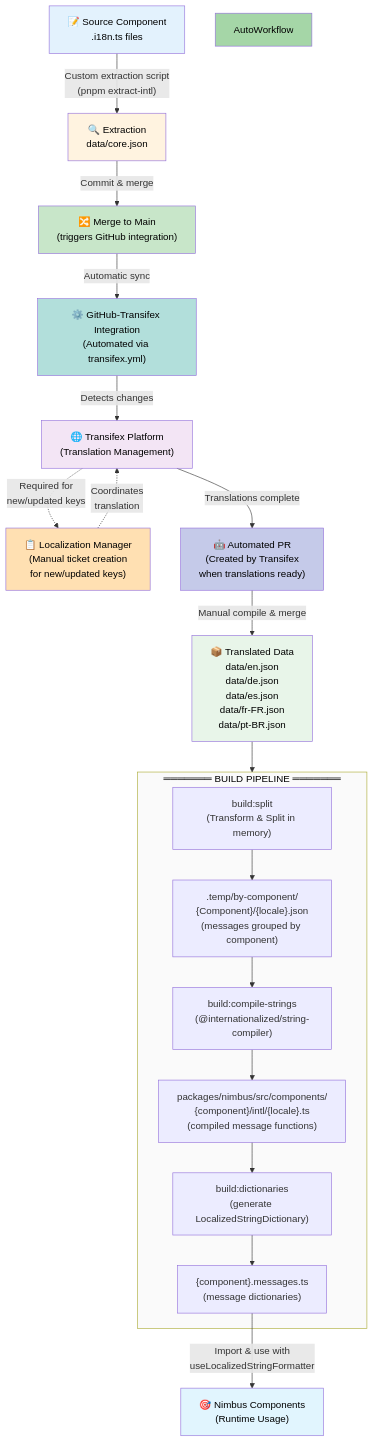
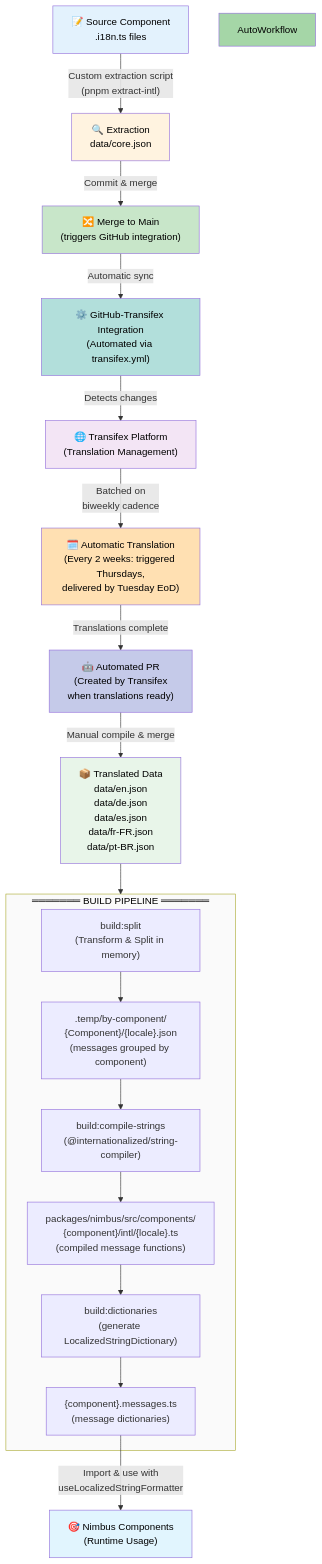
The diagram in packages/i18n/README.md (commercetools/nimbus), drawn with Mermaid before and after one commit. The commit also changed other lines of this file and 1 other file, not shown here.

Commit message:
chore(i18n): remove refs to translation requests

````diff
--- a/packages/i18n/README.md
+++ b/packages/i18n/README.md
@@ -313,53 +312,51 @@
 ```mermaid
 flowchart TD
     Start["📝 Source Component<br/>.i18n.ts files"]
     Extract["🔍 Extraction<br/>data/core.json"]
     MergeMain["🔀 Merge to Main<br/>(triggers GitHub integration)"]
     Transifex["🌐 Transifex Platform<br/>(Translation Management)"]
-    LocTicket["📋 Localization Manager<br/>(Manual ticket creation<br/>for new/updated keys)"]
+    AutoTranslate["🗓️ Automatic Translation<br/>(Every 2 weeks: triggered Thursdays,<br/>delivered by Tuesday EoD)"]
     GitHubIntegration["⚙️ GitHub-Transifex Integration<br/>(Automated via transifex.yml)"]
     AutoPR["🤖 Automated PR<br/>(Created by Transifex<br/>when translations ready)"]
     TranslatedData["📦 Translated Data<br/>data/en.json<br/>data/de.json<br/>data/es.json<br/>data/fr-FR.json<br/>data/pt-BR.json"]
 
     Start -->|"Custom extraction script<br/>(pnpm extract-intl)"| Extract
     Extract -->|"Commit & merge"| MergeMain
     MergeMain -->|"Automatic sync"| GitHubIntegration
     GitHubIntegration -->|"Detects changes"| Transifex
 
-    Transifex -.->|"Required for<br/>new/updated keys"| LocTicket
-    LocTicket -.->|"Coordinates<br/>translation"| Transifex
-
-    Transifex -->|"Translations complete"| AutoPR
+    Transifex -->|"Batched on<br/>biweekly cadence"| AutoTranslate
+    AutoTranslate -->|"Translations complete"| AutoPR
     AutoPR -->|"Manual compile & merge"| TranslatedData
 
     TranslatedData --> BuildPipeline
 
     subgraph BuildPipeline["═══════ BUILD PIPELINE ═══════"]
         Split["build:split<br/>(Transform & Split in memory)"]
         TempFiles[".temp/by-component/<br/>{Component}/{locale}.json<br/>(messages grouped by component)"]
         CompileStrings["build:compile-strings<br/>(@internationalized/string-compiler)"]
         IntlFiles["packages/nimbus/src/components/<br/>{component}/intl/{locale}.ts<br/>(compiled message functions)"]
         Dictionaries["build:dictionaries<br/>(generate LocalizedStringDictionary)"]
         MessagesFiles["{component}.messages.ts<br/>(message dictionaries)"]
 
         Split --> TempFiles
         TempFiles --> CompileStrings
         CompileStrings --> IntlFiles
         IntlFiles --> Dictionaries
         Dictionaries --> MessagesFiles
     end
 
     MessagesFiles -->|"Import & use with<br/>useLocalizedStringFormatter"| Runtime["🎯 Nimbus Components<br/>(Runtime Usage)"]
 
     style Start fill:#e3f2fd,color:#000000
     style Extract fill:#fff3e0,color:#000000
     style MergeMain fill:#c8e6c9,color:#000000
     style GitHubIntegration fill:#b2dfdb,color:#000000
     style Transifex fill:#f3e5f5,color:#000000
-    style LocTicket fill:#ffe0b2,color:#000000
+    style AutoTranslate fill:#ffe0b2,color:#000000
     style AutoPR fill:#c5cae9,color:#000000
     style AutoWorkflow fill:#a5d6a7,color:#000000
     style TranslatedData fill:#e8f5e9,color:#000000
     style BuildPipeline fill:#fafafa,color:#000000
     style Runtime fill:#e1f5fe,color:#000000
 ```
````
